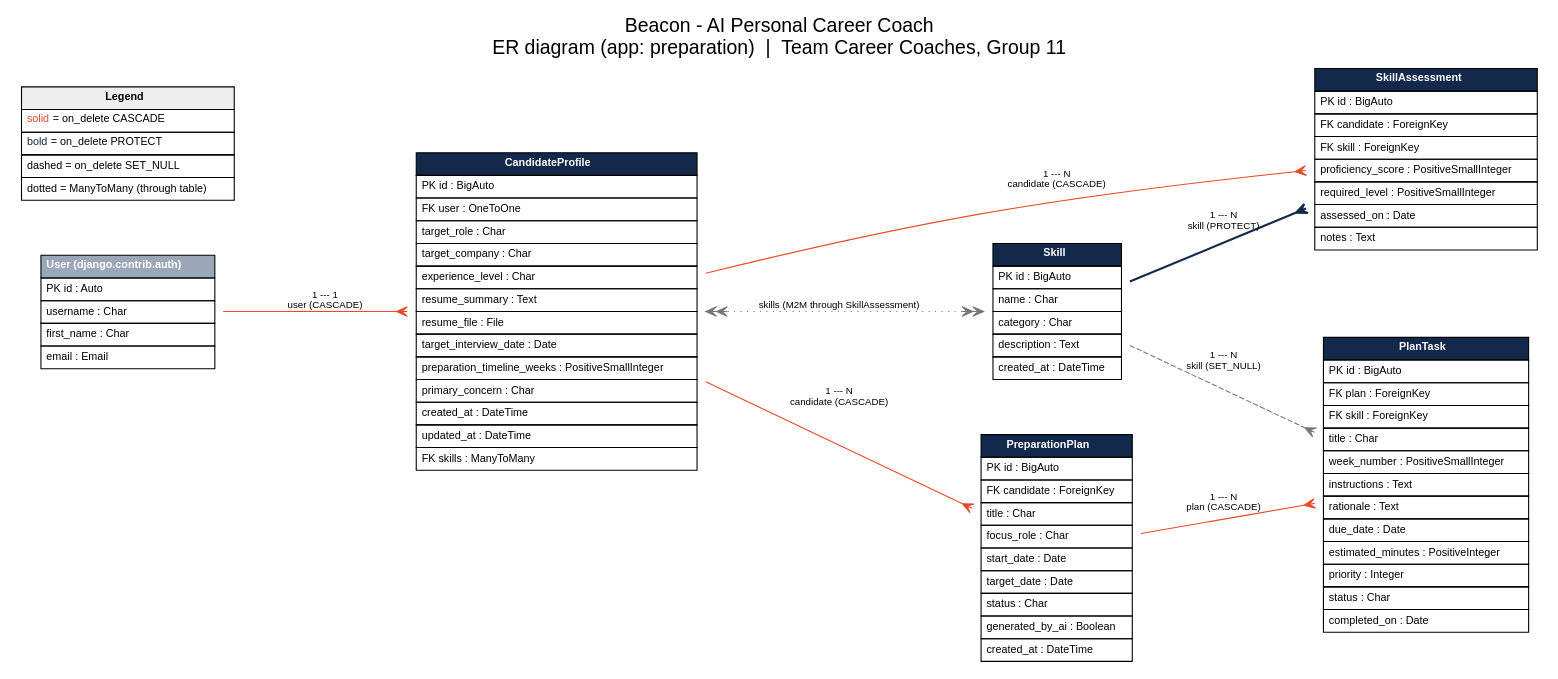
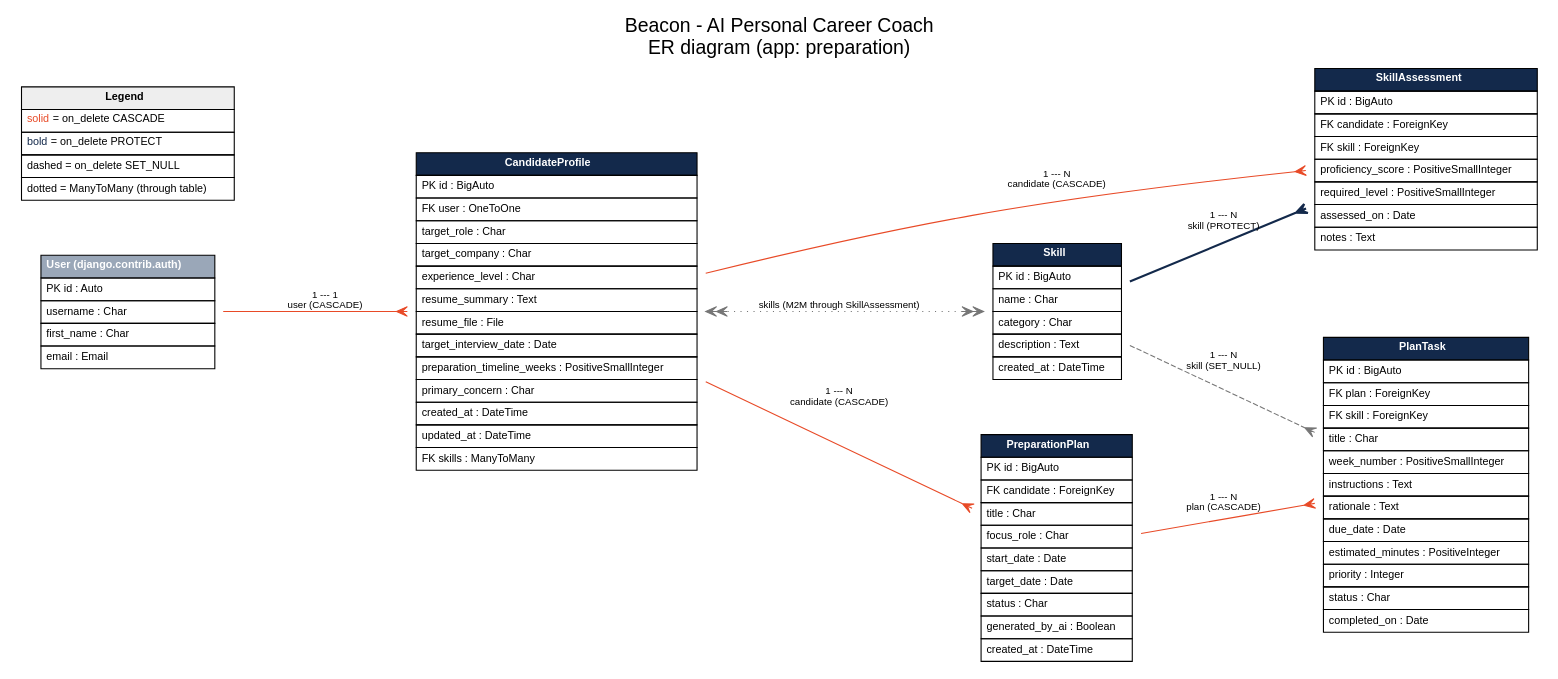
One commit to manavi2005/11_Beacon changed the diagram in docs/data_model/er_diagram.dot. Above: the diagram before and after it, drawn with Graphviz. The commit also changed 13 other files, not shown here.

Commit message:
Docs: project history instead of course history, milestone headings, regenerated diagrams

```diff
--- a/docs/data_model/er_diagram.dot
+++ b/docs/data_model/er_diagram.dot
@@ -1,19 +1,19 @@
 digraph Beacon {
-  graph [rankdir=LR, splines=spline, overlap=false, nodesep=0.6, ranksep=1.1, fontname="Helvetica", label="Beacon - AI Personal Career Coach\nER diagram (app: preparation)  |  Team Career Coaches, Group 11", labelloc=t, fontsize=18];
+  graph [rankdir=LR, splines=spline, overlap=false, nodesep=0.6, ranksep=1.1, fontname="Helvetica", label="Beacon - AI Personal Career Coach\nER diagram (app: preparation)", labelloc=t, fontsize=18];
   node [shape=plaintext, fontname="Helvetica", fontsize=10];
   edge [fontname="Helvetica", fontsize=9];
   Skill [label=<<TABLE BORDER="0" CELLBORDER="1" CELLSPACING="0" CELLPADDING="4"><TR><TD BGCOLOR="#13294B"><FONT COLOR="white"><B>Skill</B></FONT></TD></TR><TR><TD ALIGN="LEFT" PORT="0">PK id : BigAuto</TD></TR><TR><TD ALIGN="LEFT" PORT="1">name : Char</TD></TR><TR><TD ALIGN="LEFT" PORT="2">category : Char</TD></TR><TR><TD ALIGN="LEFT" PORT="3">description : Text</TD></TR><TR><TD ALIGN="LEFT" PORT="4">created_at : DateTime</TD></TR></TABLE>>];
   CandidateProfile [label=<<TABLE BORDER="0" CELLBORDER="1" CELLSPACING="0" CELLPADDING="4"><TR><TD BGCOLOR="#13294B"><FONT COLOR="white"><B>CandidateProfile</B></FONT></TD></TR><TR><TD ALIGN="LEFT" PORT="0">PK id : BigAuto</TD></TR><TR><TD ALIGN="LEFT" PORT="1">FK user : OneToOne</TD></TR><TR><TD ALIGN="LEFT" PORT="2">target_role : Char</TD></TR><TR><TD ALIGN="LEFT" PORT="3">target_company : Char</TD></TR><TR><TD ALIGN="LEFT" PORT="4">experience_level : Char</TD></TR><TR><TD ALIGN="LEFT" PORT="5">resume_summary : Text</TD></TR><TR><TD ALIGN="LEFT" PORT="6">resume_file : File</TD></TR><TR><TD ALIGN="LEFT" PORT="7">target_interview_date : Date</TD></TR><TR><TD ALIGN="LEFT" PORT="8">preparation_timeline_weeks : PositiveSmallInteger</TD></TR><TR><TD ALIGN="LEFT" PORT="9">primary_concern : Char</TD></TR><TR><TD ALIGN="LEFT" PORT="10">created_at : DateTime</TD></TR><TR><TD ALIGN="LEFT" PORT="11">updated_at : DateTime</TD></TR><TR><TD ALIGN="LEFT" PORT="12">FK skills : ManyToMany</TD></TR></TABLE>>];
   SkillAssessment [label=<<TABLE BORDER="0" CELLBORDER="1" CELLSPACING="0" CELLPADDING="4"><TR><TD BGCOLOR="#13294B"><FONT COLOR="white"><B>SkillAssessment</B></FONT></TD></TR><TR><TD ALIGN="LEFT" PORT="0">PK id : BigAuto</TD></TR><TR><TD ALIGN="LEFT" PORT="1">FK candidate : ForeignKey</TD></TR><TR><TD ALIGN="LEFT" PORT="2">FK skill : ForeignKey</TD></TR><TR><TD ALIGN="LEFT" PORT="3">proficiency_score : PositiveSmallInteger</TD></TR><TR><TD ALIGN="LEFT" PORT="4">required_level : PositiveSmallInteger</TD></TR><TR><TD ALIGN="LEFT" PORT="5">assessed_on : Date</TD></TR><TR><TD ALIGN="LEFT" PORT="6">notes : Text</TD></TR></TABLE>>];
   PreparationPlan [label=<<TABLE BORDER="0" CELLBORDER="1" CELLSPACING="0" CELLPADDING="4"><TR><TD BGCOLOR="#13294B"><FONT COLOR="white"><B>PreparationPlan</B></FONT></TD></TR><TR><TD ALIGN="LEFT" PORT="0">PK id : BigAuto</TD></TR><TR><TD ALIGN="LEFT" PORT="1">FK candidate : ForeignKey</TD></TR><TR><TD ALIGN="LEFT" PORT="2">title : Char</TD></TR><TR><TD ALIGN="LEFT" PORT="3">focus_role : Char</TD></TR><TR><TD ALIGN="LEFT" PORT="4">start_date : Date</TD></TR><TR><TD ALIGN="LEFT" PORT="5">target_date : Date</TD></TR><TR><TD ALIGN="LEFT" PORT="6">status : Char</TD></TR><TR><TD ALIGN="LEFT" PORT="7">generated_by_ai : Boolean</TD></TR><TR><TD ALIGN="LEFT" PORT="8">created_at : DateTime</TD></TR></TABLE>>];
   PlanTask [label=<<TABLE BORDER="0" CELLBORDER="1" CELLSPACING="0" CELLPADDING="4"><TR><TD BGCOLOR="#13294B"><FONT COLOR="white"><B>PlanTask</B></FONT></TD></TR><TR><TD ALIGN="LEFT" PORT="0">PK id : BigAuto</TD></TR><TR><TD ALIGN="LEFT" PORT="1">FK plan : ForeignKey</TD></TR><TR><TD ALIGN="LEFT" PORT="2">FK skill : ForeignKey</TD></TR><TR><TD ALIGN="LEFT" PORT="3">title : Char</TD></TR><TR><TD ALIGN="LEFT" PORT="4">week_number : PositiveSmallInteger</TD></TR><TR><TD ALIGN="LEFT" PORT="5">instructions : Text</TD></TR><TR><TD ALIGN="LEFT" PORT="6">rationale : Text</TD></TR><TR><TD ALIGN="LEFT" PORT="7">due_date : Date</TD></TR><TR><TD ALIGN="LEFT" PORT="8">estimated_minutes : PositiveInteger</TD></TR><TR><TD ALIGN="LEFT" PORT="9">priority : Integer</TD></TR><TR><TD ALIGN="LEFT" PORT="10">status : Char</TD></TR><TR><TD ALIGN="LEFT" PORT="11">completed_on : Date</TD></TR></TABLE>>];
   User [label=<<TABLE BORDER="0" CELLBORDER="1" CELLSPACING="0" CELLPADDING="4"><TR><TD BGCOLOR="#9AA7B8"><FONT COLOR="white"><B>User (django.contrib.auth)</B></FONT></TD></TR><TR><TD ALIGN="LEFT" PORT="0">PK id : Auto</TD></TR><TR><TD ALIGN="LEFT" PORT="1">username : Char</TD></TR><TR><TD ALIGN="LEFT" PORT="2">first_name : Char</TD></TR><TR><TD ALIGN="LEFT" PORT="3">email : Email</TD></TR></TABLE>>];
   User -> CandidateProfile [label="1 --- 1\nuser (CASCADE)", style=solid, color="#E84A27", arrowhead=crow];
   CandidateProfile -> Skill [label="skills (M2M through SkillAssessment)", style=dotted, color="#767676", arrowhead=veevee, arrowtail=veevee, dir=both];
   CandidateProfile -> SkillAssessment [label="1 --- N\ncandidate (CASCADE)", style=solid, color="#E84A27", arrowhead=crow];
   Skill -> SkillAssessment [label="1 --- N\nskill (PROTECT)", style=bold, color="#13294B", arrowhead=crow];
   CandidateProfile -> PreparationPlan [label="1 --- N\ncandidate (CASCADE)", style=solid, color="#E84A27", arrowhead=crow];
   PreparationPlan -> PlanTask [label="1 --- N\nplan (CASCADE)", style=solid, color="#E84A27", arrowhead=crow];
   Skill -> PlanTask [label="1 --- N\nskill (SET_NULL)", style=dashed, color="#767676", arrowhead=crow];
   legend [shape=plaintext, label=<<TABLE BORDER="0" CELLBORDER="1" CELLSPACING="0" CELLPADDING="4"><TR><TD BGCOLOR="#EEEEEE"><B>Legend</B></TD></TR><TR><TD ALIGN="LEFT"><FONT COLOR="#E84A27">solid</FONT> = on_delete CASCADE</TD></TR><TR><TD ALIGN="LEFT"><FONT COLOR="#13294B">bold</FONT> = on_delete PROTECT</TD></TR><TR><TD ALIGN="LEFT">dashed = on_delete SET_NULL</TD></TR><TR><TD ALIGN="LEFT">dotted = ManyToMany (through table)</TD></TR></TABLE>>];
 }
```
